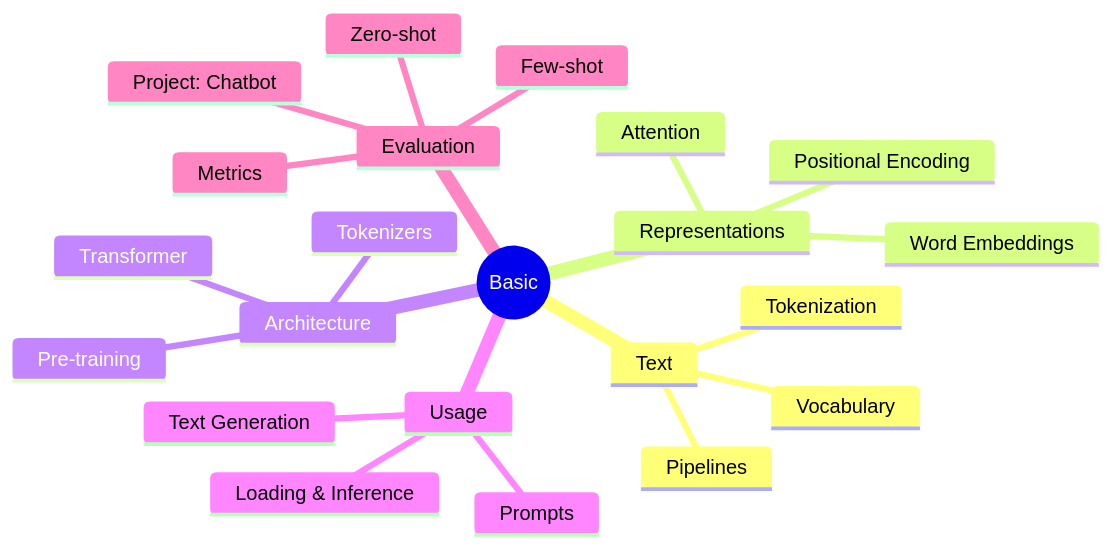
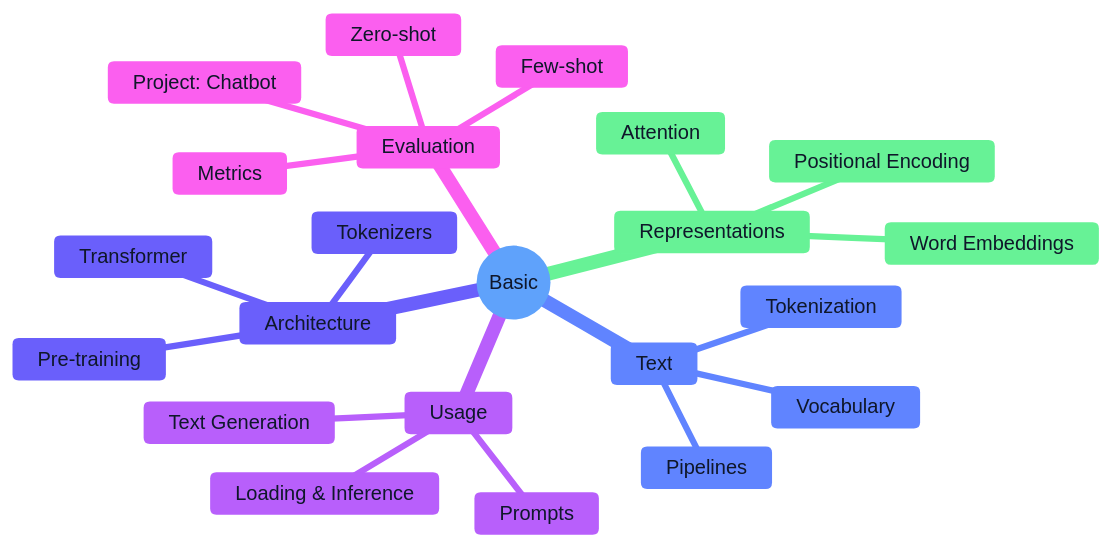
Before and after one commit to nexageapps/LLM: the fourth of 7 diagrams in README.md, drawn with Mermaid. The commit also changed other lines of this file, not shown here.

````diff
--- a/README.md
+++ b/README.md
@@ -163,25 +166,26 @@
 ```mermaid
+%%{init: {'theme':'base', 'themeVariables': {'primaryTextColor':'#0f172a', 'primaryColor':'#dbeafe', 'secondaryColor':'#e0e7ff', 'tertiaryColor':'#dcfce7', 'background':'#ffffff', 'mainBkg':'#f8fafc', 'textColor':'#1e293b', 'titleColor':'#0f172a', 'nodeBorder':'#2563eb', 'clusterBorder':'#2563eb'}}}%%
 mindmap
   root((Basic))
     Text
       Tokenization
       Vocabulary
       Pipelines
     Representations
       Word Embeddings
       Attention
       Positional Encoding
     Architecture
       Transformer
       Pre-training
       Tokenizers
     Usage
       Loading & Inference
       Text Generation
       Prompts
     Evaluation
       Zero-shot
       Few-shot
       Metrics
       Project: Chatbot
 ```
````
